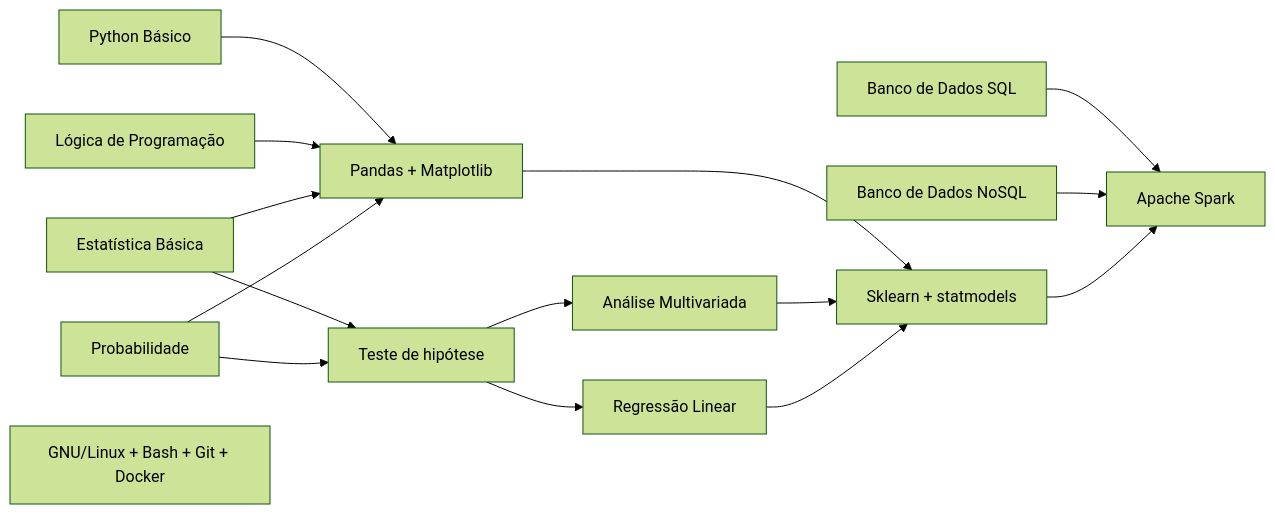
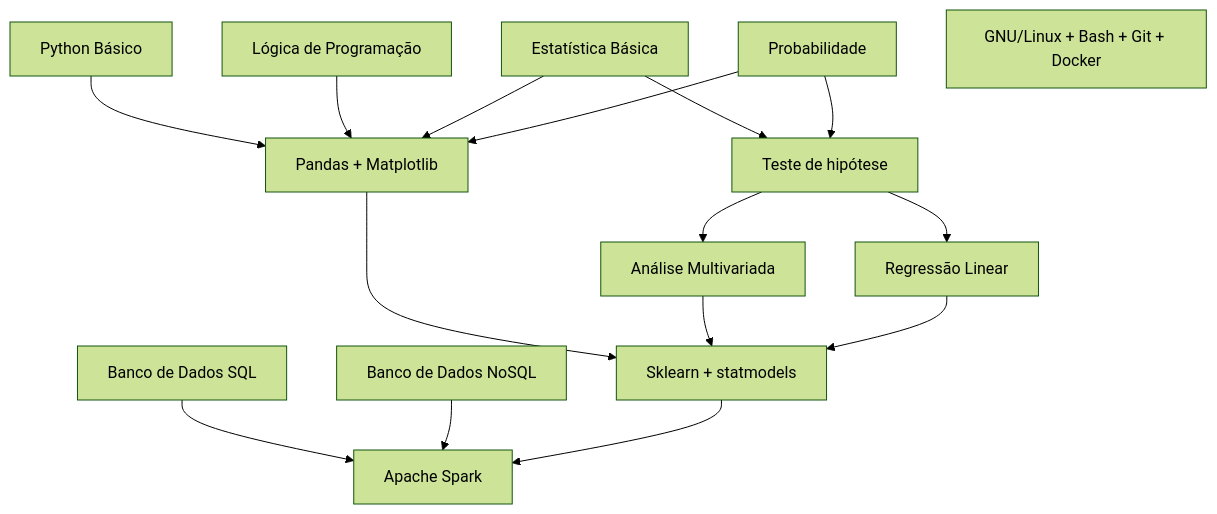
One commit to engenharia-de-dados/dataeng changed the diagram in index.md. Above: the diagram before and after it, drawn with Mermaid (forest theme).

Commit message:
marmaid TD

````diff
--- a/index.md
+++ b/index.md
@@ -6,30 +6,30 @@
 ```mermaid
-  graph LR;
+  graph TD;
       A[Python Básico]-->B[Pandas + Matplotlib];
       C[Lógica de Programação]-->B;
       D[Estatística Básica]-->B;
       D-->E[Teste de hipótese];
       F[Probabilidade]-->B;
       F-->E;
       E-->G[Regressão Linear];
       E-->H[Análise Multivariada];
       B-->I[Sklearn + statmodels];
       H-->I;
       G-->I;
       J[Banco de Dados SQL]-->K[Apache Spark];
       L[Banco de Dados NoSQL]-->K;
       I-->K;
       M[GNU/Linux + Bash + Git + Docker];
       click A "https://github.com/TeoCalvo/teomerefs/#programa%C3%A7%C3%A3o"
       click C "https://github.com/TeoCalvo/teomerefs/#programa%C3%A7%C3%A3o"
       click D "https://github.com/TeoCalvo/teomerefs/#estat%C3%ADstica"
       click E "https://github.com/TeoCalvo/teomerefs/#estat%C3%ADstica"
       click F "https://github.com/TeoCalvo/teomerefs/#estat%C3%ADstica"
       click G "https://github.com/TeoCalvo/teomerefs/#estat%C3%ADstica"
       click H "https://github.com/TeoCalvo/teomerefs/#estat%C3%ADstica"
       click I "https://github.com/TeoCalvo/teomerefs/#machine-learning"
       click J "https://github.com/TeoCalvo/teomerefs/#banco-de-dados"
       click L "https://github.com/TeoCalvo/teomerefs/#banco-de-dados"
       click M "https://github.com/TeoCalvo/teomerefs/#utilit%C3%A1rios"
       
 ```
````
